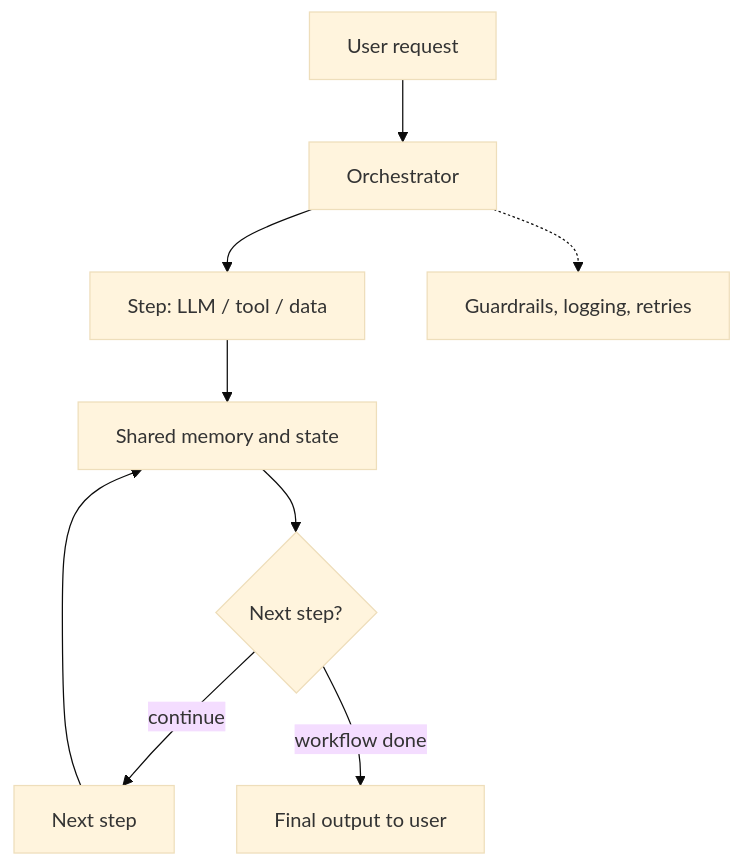
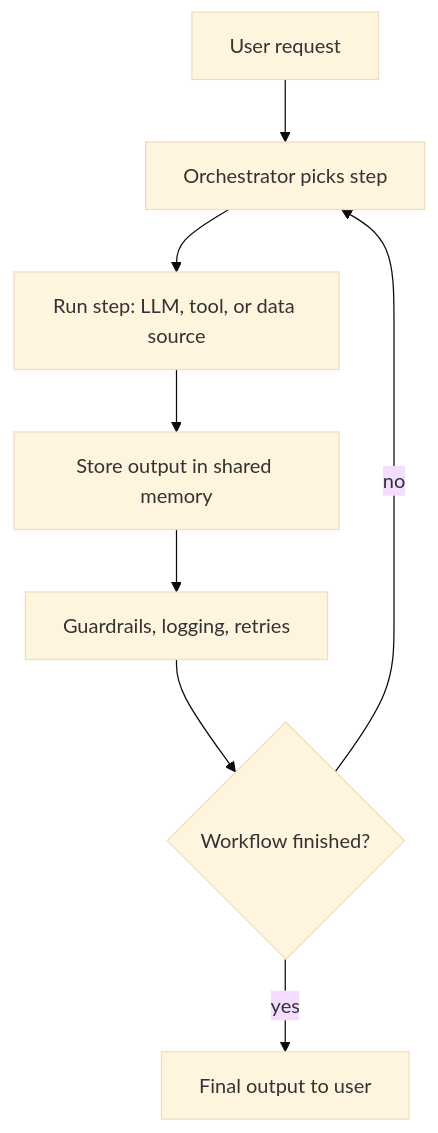
The first of 2 diagrams in notes/step-10-ai-agents-and-agentic-systems/133-ai-orchestration.md (kaisarnajar/outcome-school-blogs), drawn with Mermaid (base theme) before and after one commit. The commit also changed other lines of this file and 233 other files, not shown here.

````diff
--- a/notes/step-10-ai-agents-and-agentic-systems/133-ai-orchestration.md
+++ b/notes/step-10-ai-agents-and-agentic-systems/133-ai-orchestration.md
@@ -42,11 +54,10 @@
 ```mermaid
 flowchart TD
-    R["User request"] --> O["Orchestrator"]
-    O --> S1["Step: LLM / tool / data"]
-    S1 --> M["Shared memory and state"]
-    M --> D{"Next step?"}
-    D -->|"continue"| S2["Next step"]
-    S2 --> M
-    D -->|"workflow done"| F["Final output to user"]
-    O -.-> G["Guardrails, logging, retries"]
+    U["User request"] --> O["Orchestrator picks step"]
+    O --> S["Run step: LLM, tool, or data source"]
+    S --> M["Store output in shared memory"]
+    M --> G["Guardrails, logging, retries"]
+    G --> N{"Workflow finished?"}
+    N -->|"no"| O
+    N -->|"yes"| F["Final output to user"]
 ```
````
